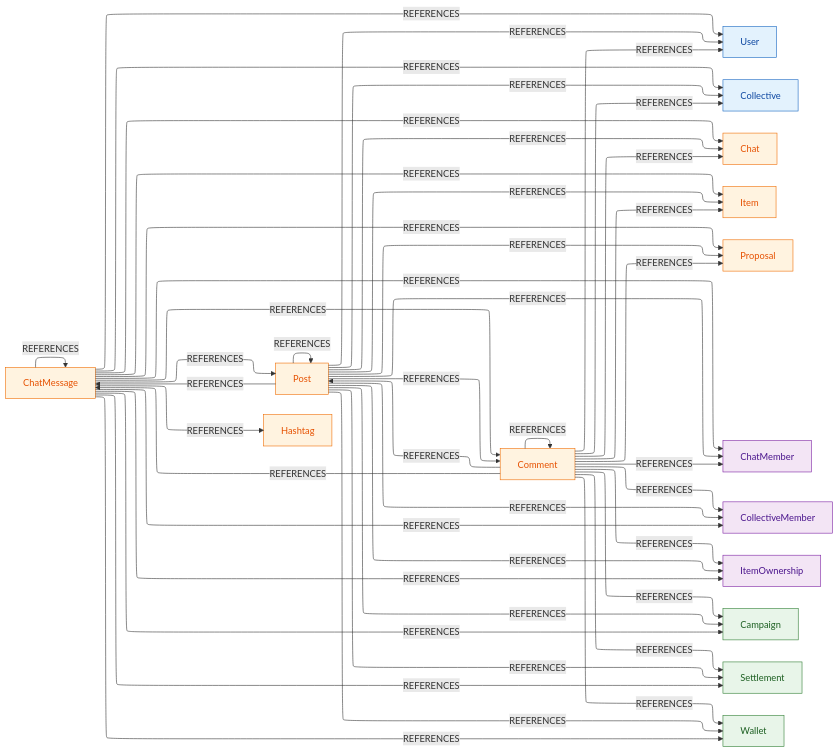
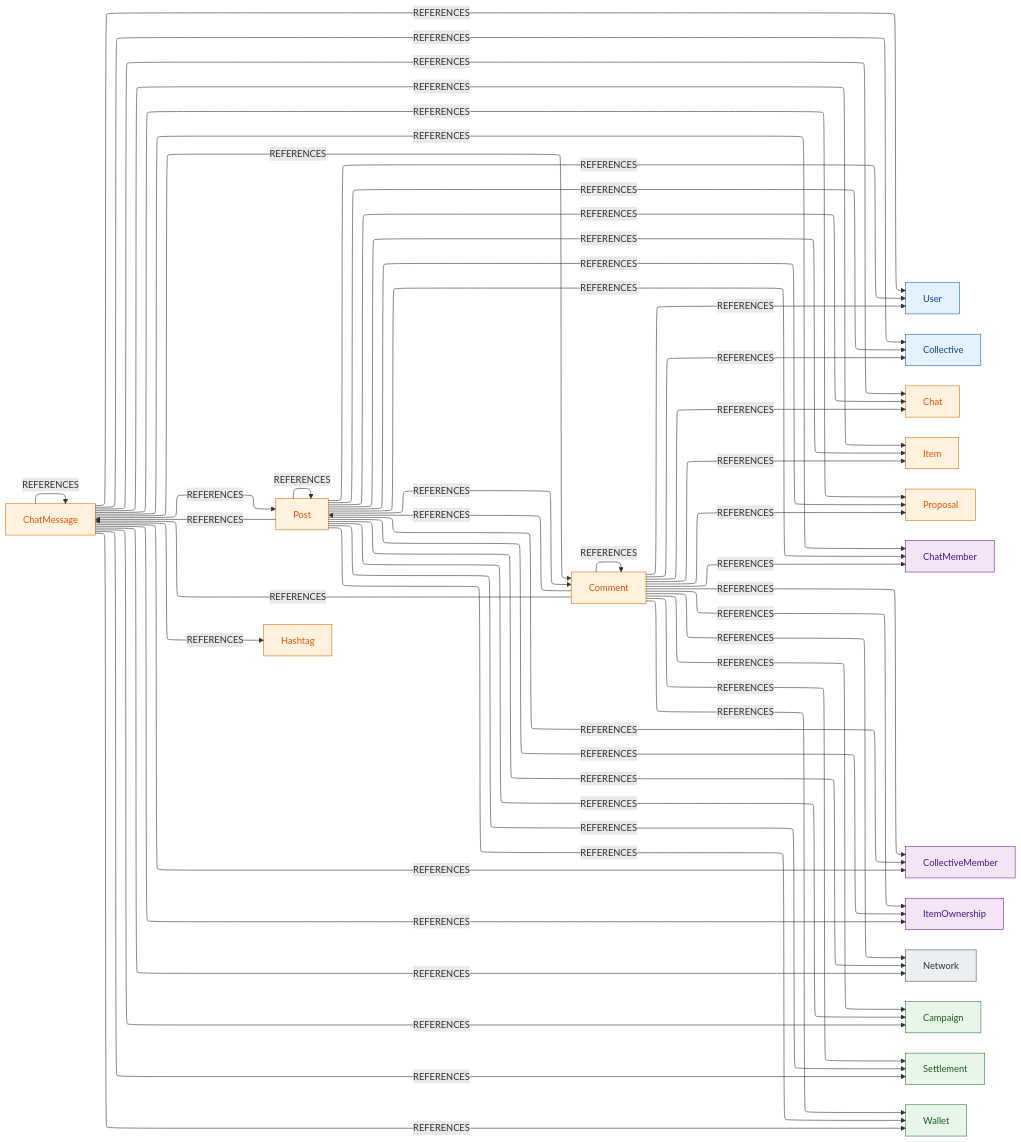
Before and after one commit to helping-kaiser/cogra: the fifth of 7 diagrams in docs/primitive/structural-edge-map.md, drawn with Mermaid. The commit also changed other lines of this file, not shown here.

First line of the commit message:
docs(edges): make Network a valid :REFERENCES target in the edge map

````diff
--- a/docs/primitive/structural-edge-map.md
+++ b/docs/primitive/structural-edge-map.md
@@ -283,71 +285,76 @@
 ```mermaid
 %%{init: {"flowchart": {"defaultRenderer": "elk"}} }%%
 flowchart LR
     ChatMessage[ChatMessage]:::content
     Post[Post]:::content
     Comment[Comment]:::content
 
     User[User]:::actor
     Collective[Collective]:::actor
     Chat[Chat]:::content
     Item[Item]:::content
     Hashtag[Hashtag]:::content
     Proposal[Proposal]:::content
     ChatMember[ChatMember]:::junction
     CollectiveMember[CollectiveMember]:::junction
     ItemOwnership[ItemOwnership]:::junction
+    Network[Network]:::system
     Campaign[Campaign]:::economics
     Settlement[Settlement]:::economics
     Wallet[Wallet]:::economics
 
     ChatMessage -->|REFERENCES| User
     ChatMessage -->|REFERENCES| Collective
     ChatMessage -->|REFERENCES| Post
     ChatMessage -->|REFERENCES| Comment
     ChatMessage -->|REFERENCES| Chat
     ChatMessage -->|REFERENCES| ChatMessage
     ChatMessage -->|REFERENCES| Item
     ChatMessage -->|REFERENCES| Hashtag
     ChatMessage -->|REFERENCES| Proposal
     ChatMessage -->|REFERENCES| ChatMember
     ChatMessage -->|REFERENCES| CollectiveMember
     ChatMessage -->|REFERENCES| ItemOwnership
+    ChatMessage -->|REFERENCES| Network
     ChatMessage -->|REFERENCES| Campaign
     ChatMessage -->|REFERENCES| Settlement
     ChatMessage -->|REFERENCES| Wallet
 
     Post -->|REFERENCES| User
     Post -->|REFERENCES| Collective
     Post -->|REFERENCES| Post
     Post -->|REFERENCES| Comment
     Post -->|REFERENCES| Chat
     Post -->|REFERENCES| ChatMessage
     Post -->|REFERENCES| Item
     Post -->|REFERENCES| Proposal
     Post -->|REFERENCES| ChatMember
     Post -->|REFERENCES| CollectiveMember
     Post -->|REFERENCES| ItemOwnership
+    Post -->|REFERENCES| Network
     Post -->|REFERENCES| Campaign
     Post -->|REFERENCES| Settlement
     Post -->|REFERENCES| Wallet
 
     Comment -->|REFERENCES| User
     Comment -->|REFERENCES| Collective
     Comment -->|REFERENCES| Post
     Comment -->|REFERENCES| Comment
     Comment -->|REFERENCES| Chat
     Comment -->|REFERENCES| ChatMessage
     Comment -->|REFERENCES| Item
     Comment -->|REFERENCES| Proposal
     Comment -->|REFERENCES| ChatMember
     Comment -->|REFERENCES| CollectiveMember
     Comment -->|REFERENCES| ItemOwnership
+    Comment -->|REFERENCES| Network
     Comment -->|REFERENCES| Campaign
     Comment -->|REFERENCES| Settlement
     Comment -->|REFERENCES| Wallet
 
     classDef actor     fill:#e3f2fd,stroke:#1565c0,color:#0d47a1;
     classDef content   fill:#fff3e0,stroke:#ef6c00,color:#e65100;
     classDef junction  fill:#f3e5f5,stroke:#7b1fa2,color:#4a148c;
+    classDef system    fill:#eceff1,stroke:#455a64,color:#263238;
     classDef economics fill:#e8f5e9,stroke:#2e7d32,color:#1b5e20;
 ```
````
